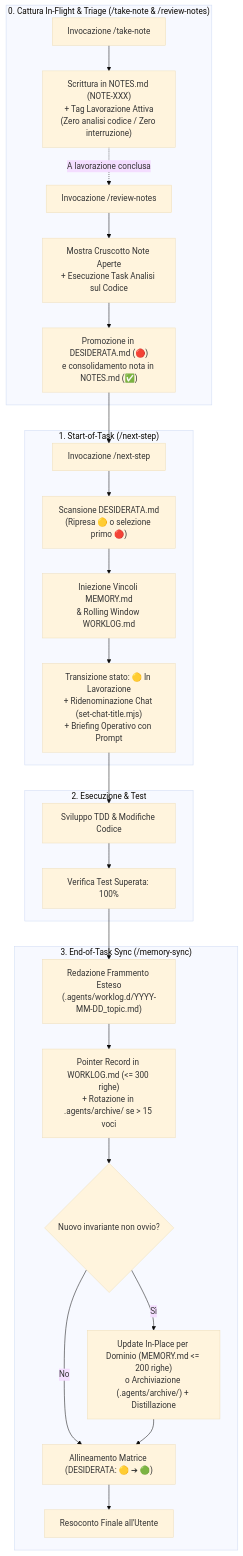
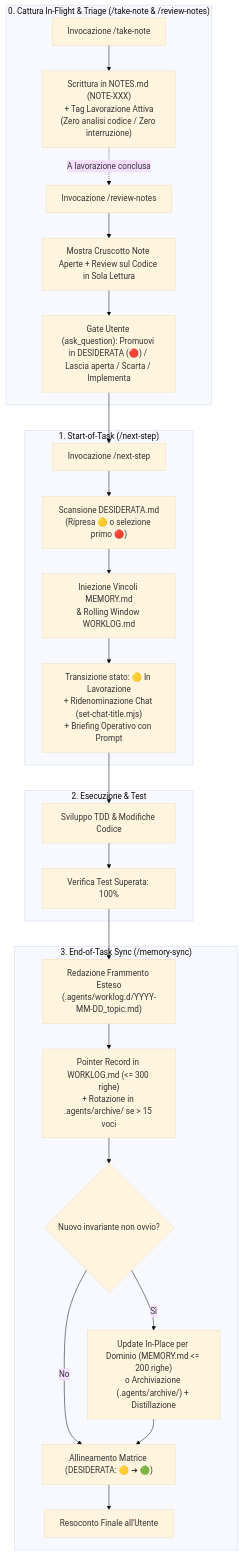
One commit to alessandroame/antigravity-plugins changed the diagram in plugins/cognitive-persistence/README.md. Above: the diagram before and after it, drawn with Mermaid (base theme). The commit also changed other lines of this file and 4 other files, not shown here.

Commit message:
fix(cognitive-persistence): enforce read-only review gate in /review-notes

````diff
--- a/plugins/cognitive-persistence/README.md
+++ b/plugins/cognitive-persistence/README.md
@@ -73,31 +73,31 @@
 ```mermaid
 flowchart TD
     subgraph InFlight ["0. Cattura In-Flight & Triage (/take-note & /review-notes)"]
         N1["Invocazione /take-note <testo>"] --> N2["Scrittura in NOTES.md (NOTE-XXX)<br/>+ Tag Lavorazione Attiva<br/>(Zero analisi codice / Zero interruzione)"]
         N2 -. "A lavorazione conclusa" .-> N3["Invocazione /review-notes"]
-        N3 --> N4["Mostra Cruscotto Note Aperte<br/>+ Esecuzione Task Analisi sul Codice"]
-        N4 --> N5["Promozione in DESIDERATA.md (🔴)<br/>e consolidamento nota in NOTES.md (✅)"]
+        N3 --> N4["Mostra Cruscotto Note Aperte + Review sul Codice in Sola Lettura"]
+        N4 --> N5["Gate Utente (ask_question): Promuovi in DESIDERATA (🔴) / Lascia aperta / Scarta / Implementa"]
     end
 
     subgraph Avvio ["1. Start-of-Task (/next-step)"]
         N5 --> A["Invocazione /next-step"]
         A --> B["Scansione DESIDERATA.md<br/>(Ripresa 🟡 o selezione primo 🔴)"]
         B --> C["Iniezione Vincoli MEMORY.md<br/>& Rolling Window WORKLOG.md"]
         C --> D["Transizione stato: 🟡 In Lavorazione<br/>+ Ridenominazione Chat (set-chat-title.mjs)<br/>+ Briefing Operativo con Prompt"]
     end
 
     subgraph Sviluppo ["2. Esecuzione & Test"]
         D --> E["Sviluppo TDD & Modifiche Codice"]
         E --> F["Verifica Test Superata: 100%"]
     end
 
     subgraph Chiusura ["3. End-of-Task Sync (/memory-sync)"]
         F --> G["Redazione Frammento Esteso<br/>(.agents/worklog.d/YYYY-MM-DD_topic.md)"]
         G --> H["Pointer Record in WORKLOG.md (<= 300 righe)<br/>+ Rotazione in .agents/archive/ se > 15 voci"]
         H --> I{"Nuovo invariante non ovvio?"}
         I -- Sì --> L["Update In-Place per Dominio (MEMORY.md <= 200 righe)<br/>o Archiviazione (.agents/archive/) + Distillazione"]
         I -- No --> M["Allineamento Matrice (DESIDERATA: 🟡 ➔ 🟢)"]
         L --> M
         M --> N["Resoconto Finale all'Utente"]
     end
 ```
````
